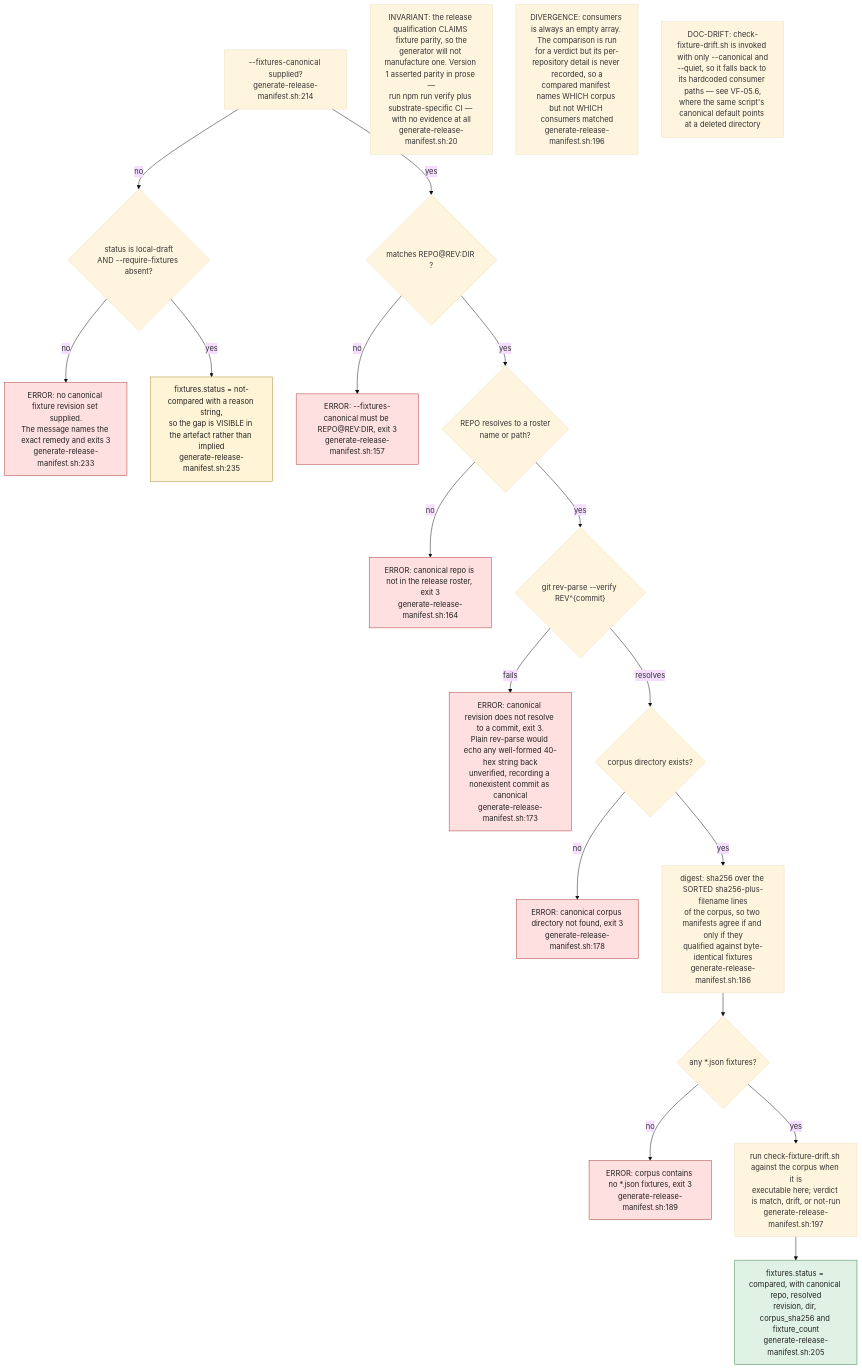
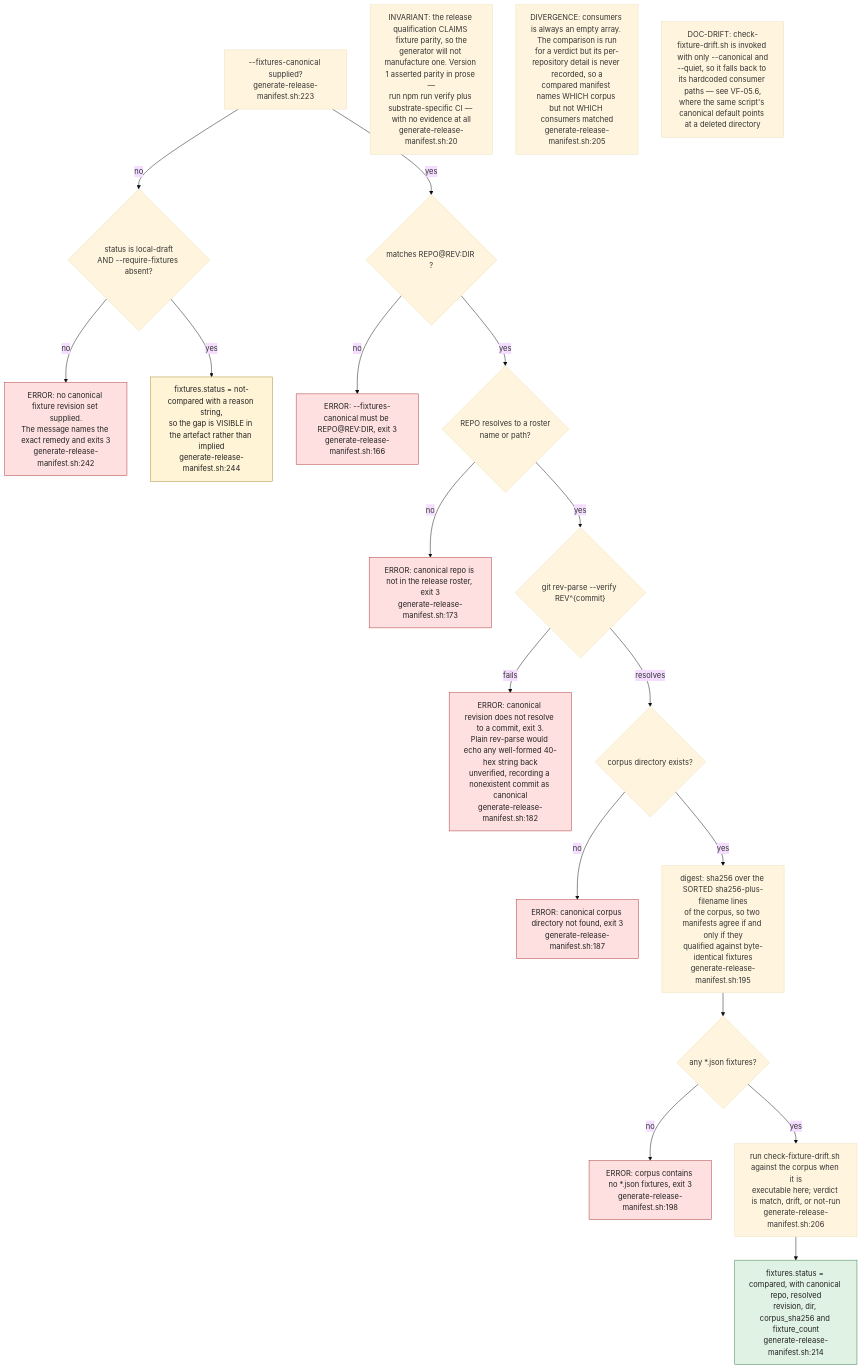
Before and after one commit to DreamLab-AI/VisionFlow: the third of 11 diagrams in docs/diagrams/visionflow/07-pitch-presentation-reports.md, drawn with Mermaid (base theme). The commit also changed other lines of this file and 80 other files, not shown here.

First line of the commit message:
docs(diagrams): re-verify the agentbox, dreamlab, estate and visionflow corpus against current sources

````diff
--- a/docs/diagrams/visionflow/07-pitch-presentation-reports.md
+++ b/docs/diagrams/visionflow/07-pitch-presentation-reports.md
@@ -115,31 +115,31 @@
 ```mermaid
 flowchart TB
     classDef refuse fill:#ffe0e0,stroke:#aa3333,color:#222
     classDef ok fill:#e0f2e4,stroke:#2f7a45,color:#222
     classDef honest fill:#fff4d6,stroke:#aa8833,color:#222
 
-    START["--fixtures-canonical supplied?<br/>generate-release-manifest.sh:214"] -->|no| Q1{"status is local-draft<br/>AND --require-fixtures absent?"}
+    START["--fixtures-canonical supplied?<br/>generate-release-manifest.sh:223"] -->|no| Q1{"status is local-draft<br/>AND --require-fixtures absent?"}
 
-    Q1 -->|no| REF["ERROR: no canonical fixture revision set supplied.<br/>The message names the exact remedy and exits 3<br/>generate-release-manifest.sh:233"]:::refuse
-    Q1 -->|yes| DRAFT["fixtures.status = not-compared with a reason string,<br/>so the gap is VISIBLE in the artefact rather than implied<br/>generate-release-manifest.sh:235"]:::honest
+    Q1 -->|no| REF["ERROR: no canonical fixture revision set supplied.<br/>The message names the exact remedy and exits 3<br/>generate-release-manifest.sh:242"]:::refuse
+    Q1 -->|yes| DRAFT["fixtures.status = not-compared with a reason string,<br/>so the gap is VISIBLE in the artefact rather than implied<br/>generate-release-manifest.sh:244"]:::honest
 
     START -->|yes| PARSE{"matches REPO@REV:DIR ?"}
-    PARSE -->|no| E1["ERROR: --fixtures-canonical must be REPO@REV:DIR, exit 3<br/>generate-release-manifest.sh:157"]:::refuse
+    PARSE -->|no| E1["ERROR: --fixtures-canonical must be REPO@REV:DIR, exit 3<br/>generate-release-manifest.sh:166"]:::refuse
     PARSE -->|yes| ROSTER{"REPO resolves to a roster<br/>name or path?"}
-    ROSTER -->|no| E2["ERROR: canonical repo is not in the release roster, exit 3<br/>generate-release-manifest.sh:164"]:::refuse
+    ROSTER -->|no| E2["ERROR: canonical repo is not in the release roster, exit 3<br/>generate-release-manifest.sh:173"]:::refuse
     ROSTER -->|yes| REV{"git rev-parse --verify REV^{commit}"}
-    REV -->|"fails"| E3["ERROR: canonical revision does not resolve to a commit, exit 3.<br/>Plain rev-parse would echo any well-formed 40-hex string back<br/>unverified, recording a nonexistent commit as canonical<br/>generate-release-manifest.sh:173"]:::refuse
+    REV -->|"fails"| E3["ERROR: canonical revision does not resolve to a commit, exit 3.<br/>Plain rev-parse would echo any well-formed 40-hex string back<br/>unverified, recording a nonexistent commit as canonical<br/>generate-release-manifest.sh:182"]:::refuse
     REV -->|"resolves"| DIR{"corpus directory exists?"}
-    DIR -->|no| E4["ERROR: canonical corpus directory not found, exit 3<br/>generate-release-manifest.sh:178"]:::refuse
-    DIR -->|yes| DIG["digest: sha256 over the SORTED sha256-plus-filename lines<br/>of the corpus, so two manifests agree if and only if they<br/>qualified against byte-identical fixtures<br/>generate-release-manifest.sh:186"]
+    DIR -->|no| E4["ERROR: canonical corpus directory not found, exit 3<br/>generate-release-manifest.sh:187"]:::refuse
+    DIR -->|yes| DIG["digest: sha256 over the SORTED sha256-plus-filename lines<br/>of the corpus, so two manifests agree if and only if they<br/>qualified against byte-identical fixtures<br/>generate-release-manifest.sh:195"]
     DIG --> CNT{"any *.json fixtures?"}
-    CNT -->|no| E5["ERROR: corpus contains no *.json fixtures, exit 3<br/>generate-release-manifest.sh:189"]:::refuse
-    CNT -->|yes| CMP["run check-fixture-drift.sh against the corpus when it is<br/>executable here; verdict is match, drift, or not-run<br/>generate-release-manifest.sh:197"]
-    CMP --> OUT["fixtures.status = compared, with canonical repo, resolved<br/>revision, dir, corpus_sha256 and fixture_count<br/>generate-release-manifest.sh:205"]:::ok
+    CNT -->|no| E5["ERROR: corpus contains no *.json fixtures, exit 3<br/>generate-release-manifest.sh:198"]:::refuse
+    CNT -->|yes| CMP["run check-fixture-drift.sh against the corpus when it is<br/>executable here; verdict is match, drift, or not-run<br/>generate-release-manifest.sh:206"]
+    CMP --> OUT["fixtures.status = compared, with canonical repo, resolved<br/>revision, dir, corpus_sha256 and fixture_count<br/>generate-release-manifest.sh:214"]:::ok
 
     NOTE["INVARIANT: the release qualification CLAIMS fixture parity, so the<br/>generator will not manufacture one. Version 1 asserted parity in prose —<br/>run npm run verify plus substrate-specific CI — with no evidence at all<br/>generate-release-manifest.sh:20"]
 
-    NOTE2["DIVERGENCE: consumers is always an empty array. The comparison is run<br/>for a verdict but its per-repository detail is never recorded, so a<br/>compared manifest names WHICH corpus but not WHICH consumers matched<br/>generate-release-manifest.sh:196"]
+    NOTE2["DIVERGENCE: consumers is always an empty array. The comparison is run<br/>for a verdict but its per-repository detail is never recorded, so a<br/>compared manifest names WHICH corpus but not WHICH consumers matched<br/>generate-release-manifest.sh:205"]
 
     NOTE3["DOC-DRIFT: check-fixture-drift.sh is invoked with only --canonical and<br/>--quiet, so it falls back to its hardcoded consumer paths — see VF-05.6,<br/>where the same script's canonical default points at a deleted directory"]
 ```
````
